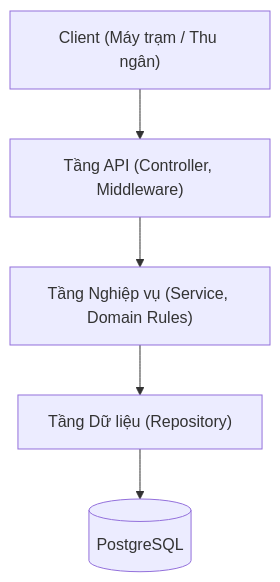
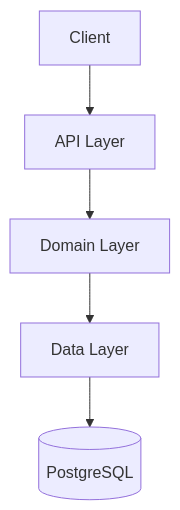
Before and after one commit to trandangduat/KTPM-TEAM-14: the first of 2 diagrams in README.md, drawn with Mermaid. The commit also changed other lines of this file, not shown here.

````diff
--- a/README.md
+++ b/README.md
@@ -26,7 +23,7 @@
 ```mermaid
 flowchart TD
-    Client["Client (Máy trạm / Thu ngân)"] --> API["Tầng API (Controller, Middleware)"]
-    API --> Domain["Tầng Nghiệp vụ (Service, Domain Rules)"]
-    Domain --> Infra["Tầng Dữ liệu (Repository)"]
+    Client["Client"] --> API["API Layer"]
+    API --> Domain["Domain Layer"]
+    Domain --> Infra["Data Layer"]
     Infra --> DB[("PostgreSQL")]
 ```
````
